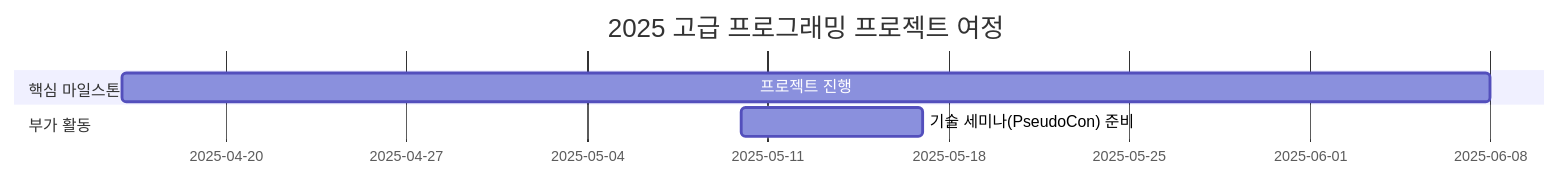
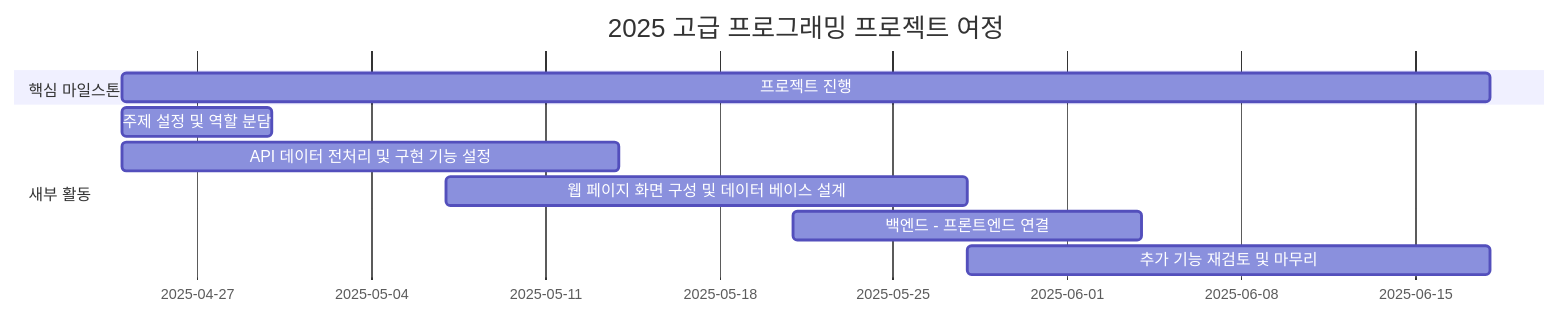
Before and after one commit to khyeonm/2025_Advanced_Programming: the diagram in README.md, drawn with Mermaid. The commit also changed other lines of this file, not shown here.

Commit message:
Docs(README): README.md 수정
프로젝트 로드맵 업데이트

````diff
--- a/README.md
+++ b/README.md
@@ -40,10 +40,15 @@
 ```mermaid
 gantt
     title 2025 고급 프로그래밍 프로젝트 여정
 
     section 핵심 마일스톤
-    프로젝트 진행 :a1, 2025-04-16, 53d
+    프로젝트 진행 :a1, 2025-04-24, 55d
     
-    section 부가 활동
-    기술 세미나(PseudoCon) 준비 :2025-05-10, 7d
+    section 새부 활동
+    주제 설정 및 역할 분담 :2025-04-24, 6d
+    API 데이터 전처리 및 구현 기능 설정 :2025-04-24, 20d
+    웹 페이지 화면 구성 및 데이터 베이스 설계 :2025-05-07, 21d
+    백엔드 - 프론트엔드 연결 :2025-05-21, 14d
+    추가 기능 재검토 및 마무리 :2025-05-28, 21d
+
 ```
````
